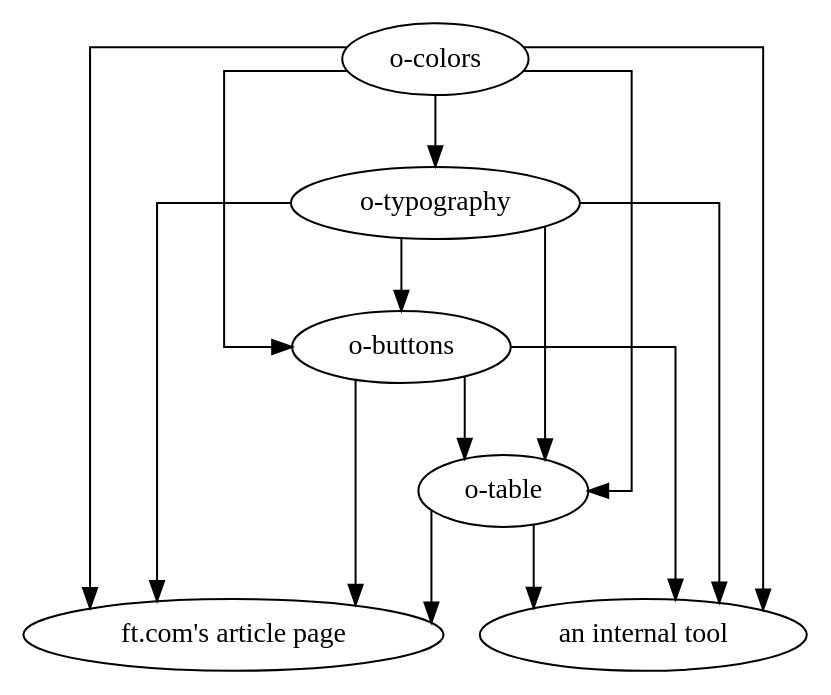
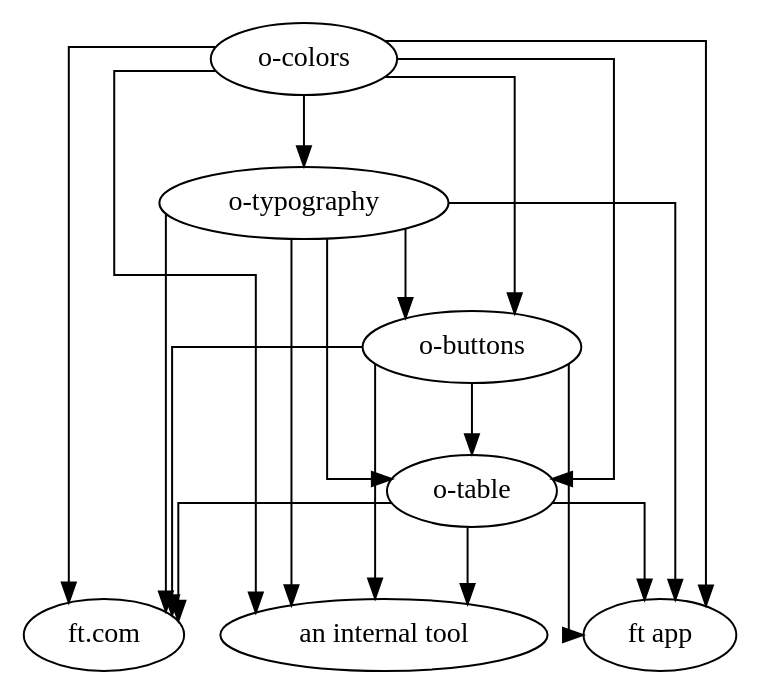
One commit to Financial-Times/origami-website changed the diagram in assets/images/2019-10-31-major-cascade/all-graph.dot. Above: the diagram before and after it, drawn with Graphviz. The commit also changed 7 other files, not shown here.

```diff
--- a/assets/images/2019-10-31-major-cascade/all-graph.dot
+++ b/assets/images/2019-10-31-major-cascade/all-graph.dot
@@ -1,23 +1,28 @@
 digraph {
     splines=ortho
     concentrate=true
 
     "o-colors" -> "o-typography"
+
     "o-colors" -> "o-buttons"
     "o-typography" -> "o-buttons"
+
     "o-colors" -> "o-table"
     "o-typography" -> "o-table"
     "o-buttons" -> "o-table"
-    "o-colors" -> "ft.com's article page"
-    "o-typography" -> "ft.com's article page"
-    "o-buttons" -> "ft.com's article page"
-    "o-buttons" -> "ft.com's article page"
-    "o-table" -> "ft.com's article page"
+
+    "o-colors" -> "ft.com"
+    "o-typography" -> "ft.com"
+    "o-buttons" -> "ft.com"
+    "o-table" -> "ft.com"
+
+    "o-colors" -> "ft app"
+    "o-typography" -> "ft app"
+    "o-buttons" -> "ft app"
+    "o-table" -> "ft app"
 
     "o-colors" -> "an internal tool"
     "o-typography" -> "an internal tool"
     "o-buttons" -> "an internal tool"
-    "o-buttons" -> "an internal tool"
     "o-table" -> "an internal tool"
-
 }
```
